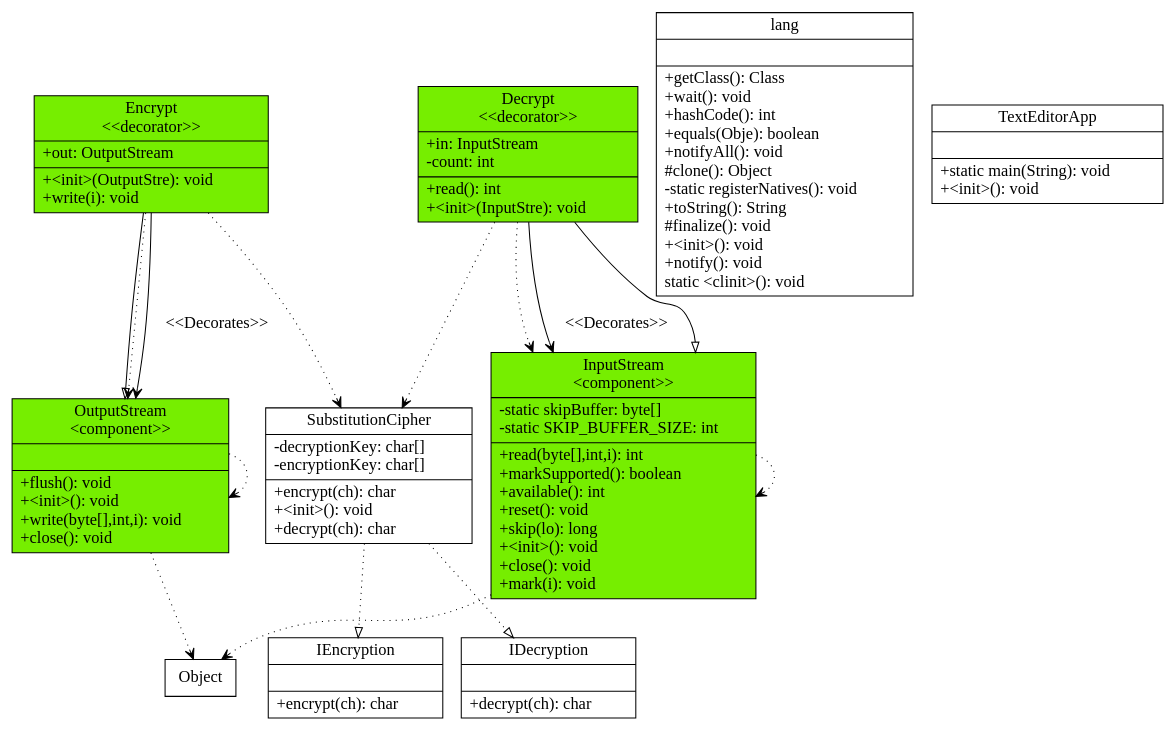
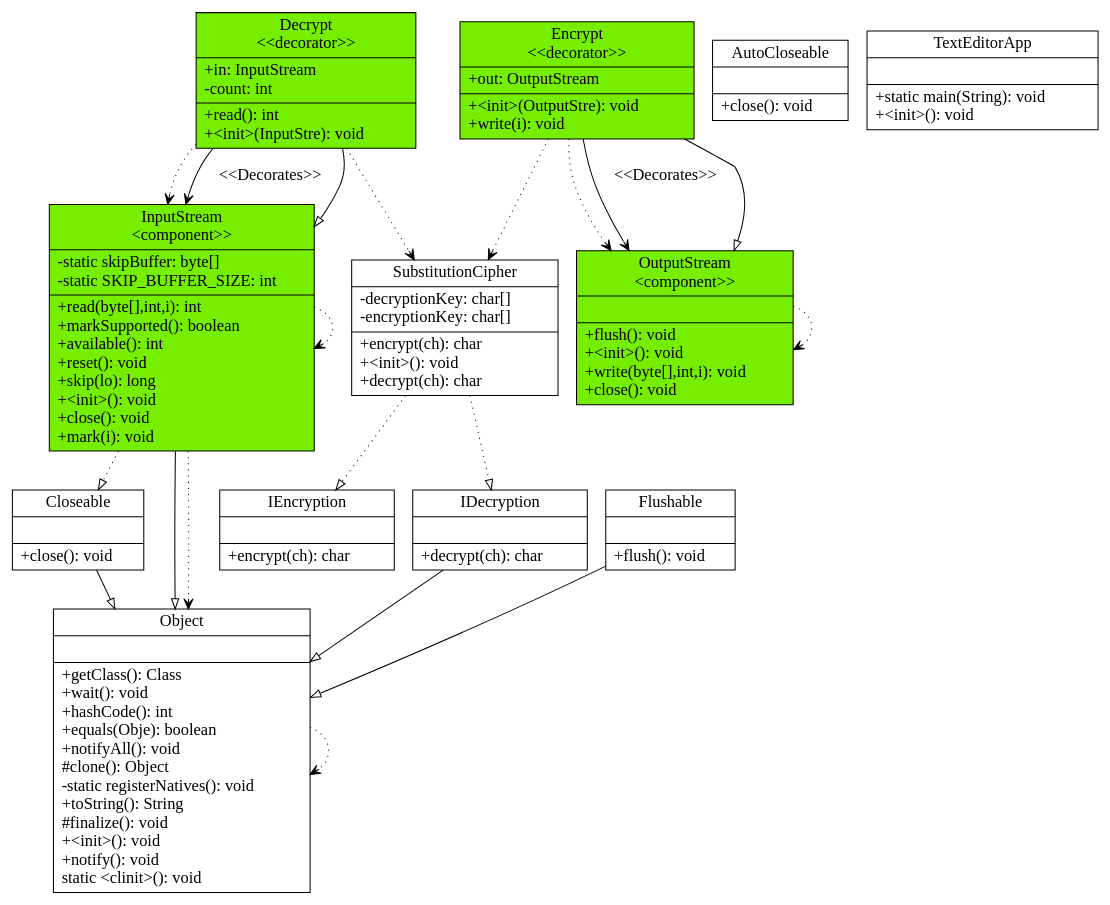
The diagram in src/lab2one.dot (Maast3r/UMLMaker), drawn with Graphviz before and after one commit. The commit also changed 28 other files, not shown here.

```diff
--- a/src/lab2one.dot
+++ b/src/lab2one.dot
@@ -1,85 +1,108 @@
 digraph G{
 	fontname = "Bitstream Vera Sans"
 	fontsize = 16
 
 node [
 	fontname = "Bitstream Vera Sans"
 	fontsize = 16
 
  shape = "record"
 ]
 edge [
 	fontname = "Bitstream Vera Sans"
 	fontsize = 16
 ]
 IEncryption [ 
 center=true
     label="{IEncryption| | +encrypt(ch): char\l}"color = black
 style = filled 
  fillcolor = white
 ]
 Decrypt [ 
 center=true
     label="{Decrypt\n\<\<decorator\>\>|+in: InputStream \l-count: int \l | +read(): int\l+\<init\>(InputStre): void\l}"color = null
 style = filled 
  fillcolor = chartreuse2
 ]
 InputStream [ 
 center=true
     label="{InputStream\n\<\component\>\>|-static skipBuffer: byte[] \l-static SKIP_BUFFER_SIZE: int \l | +read(byte[],int,i): int\l+markSupported(): boolean\l+available(): int\l+reset(): void\l+skip(lo): long\l+\<init\>(): void\l+close(): void\l+mark(i): void\l}"color = null
 style = filled 
  fillcolor = chartreuse2
 ]
 OutputStream [ 
 center=true
     label="{OutputStream\n\<\component\>\>| | +flush(): void\l+\<init\>(): void\l+write(byte[],int,i): void\l+close(): void\l}"color = null
 style = filled 
  fillcolor = chartreuse2
 ]
+Closeable [ 
+center=true
+    label="{Closeable| | +close(): void\l}"color = black
+style = filled 
+ fillcolor = white
+]
+AutoCloseable [ 
+center=true
+    label="{AutoCloseable| | +close(): void\l}"color = black
+style = filled 
+ fillcolor = white
+]
 SubstitutionCipher [ 
 center=true
     label="{SubstitutionCipher|-decryptionKey: char[] \l-encryptionKey: char[] \l | +encrypt(ch): char\l+\<init\>(): void\l+decrypt(ch): char\l}"color = black
 style = filled 
  fillcolor = white
 ]
 IDecryption [ 
 center=true
     label="{IDecryption| | +decrypt(ch): char\l}"color = black
 style = filled 
  fillcolor = white
 ]
-lang [ 
+Object [ 
 center=true
-    label="{lang| | +getClass(): Class\l+wait(): void\l+hashCode(): int\l+equals(Obje): boolean\l+notifyAll(): void\l#clone(): Object\l-static registerNatives(): void\l+toString(): String\l#finalize(): void\l+\<init\>(): void\l+notify(): void\lstatic \<clinit\>(): void\l}"color = black
+    label="{Object| | +getClass(): Class\l+wait(): void\l+hashCode(): int\l+equals(Obje): boolean\l+notifyAll(): void\l#clone(): Object\l-static registerNatives(): void\l+toString(): String\l#finalize(): void\l+\<init\>(): void\l+notify(): void\lstatic \<clinit\>(): void\l}"color = black
+style = filled 
+ fillcolor = white
+]
+Flushable [ 
+center=true
+    label="{Flushable| | +flush(): void\l}"color = black
 style = filled 
  fillcolor = white
 ]
 Encrypt [ 
 center=true
     label="{Encrypt\n\<\<decorator\>\>|+out: OutputStream \l | +\<init\>(OutputStre): void\l+write(i): void\l}"color = null
 style = filled 
  fillcolor = chartreuse2
 ]
 TextEditorApp [ 
 center=true
     label="{TextEditorApp| | +static main(String): void\l+\<init\>(): void\l}"color = black
 style = filled 
  fillcolor = white
 ]
 Decrypt -> InputStream[arrowhead = vee, style = dotted]
 Decrypt -> InputStream[arrowhead = vee,label="\<\<Decorates\>\>"]
 Decrypt -> SubstitutionCipher[arrowhead = vee, style = dotted]
 Decrypt -> InputStream [arrowhead = onormal]
+InputStream -> Closeable[arrowhead = onormal,style = dotted]
 InputStream -> InputStream[arrowhead = vee, style = dotted]
+InputStream -> Object [arrowhead = onormal]
 InputStream -> Object[arrowhead = vee, style = dotted]
 OutputStream -> OutputStream[arrowhead = vee, style = dotted]
-OutputStream -> Object[arrowhead = vee, style = dotted]
+Closeable -> Object [arrowhead = onormal]
 SubstitutionCipher -> IDecryption[arrowhead = onormal,style = dotted]
 SubstitutionCipher -> IEncryption[arrowhead = onormal,style = dotted]
+Object -> Object[arrowhead = vee, style = dotted]
+IDecryption -> Object [arrowhead = onormal]
+Flushable -> Object [arrowhead = onormal]
 Encrypt -> OutputStream[arrowhead = vee, style = dotted]
 Encrypt -> OutputStream[arrowhead = vee,label="\<\<Decorates\>\>"]
 Encrypt -> SubstitutionCipher[arrowhead = vee, style = dotted]
 Encrypt -> OutputStream [arrowhead = onormal]
 
 
 }
```
